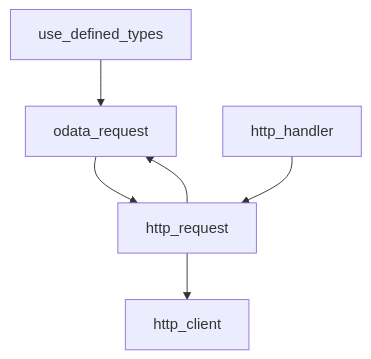
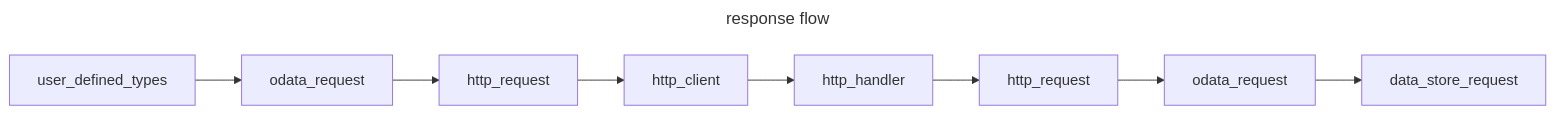
Before and after one commit to OData/odata.net: the second of 2 diagrams in docs/architecture.md, drawn with Mermaid. The commit also changed other lines of this file, not shown here.

````diff
--- a/docs/architecture.md
+++ b/docs/architecture.md
@@ -265,8 +243,21 @@
 ```mermaid
-graph TD;
-    use_defined_types-->odata_request;
-    odata_request-->http_request;
-    http_request-->http_client;
-    http_handler-->http_request;
-    http_request-->odata_request
+---
+title: response flow
+---
+flowchart LR
+    user_defined_types
+    odata_request1[odata_request]
+    http_request1[http_request]
+    http_client
+    http_handler
+    http_request2[http_request]
+    odata_request2[odata_request]
+    data_store_request
+    user_defined_types --> odata_request1
+    odata_request1 --> http_request1
+    http_request1 --> http_client
+    http_client --> http_handler
+    http_handler --> http_request2
+    http_request2 --> odata_request2
+    odata_request2 --> data_store_request
 ```
````
